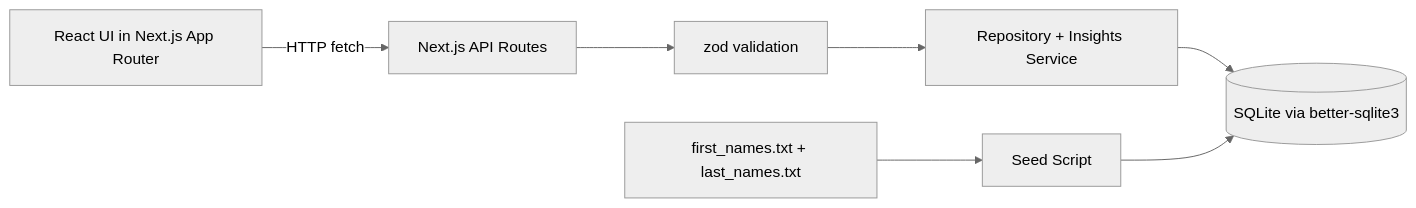
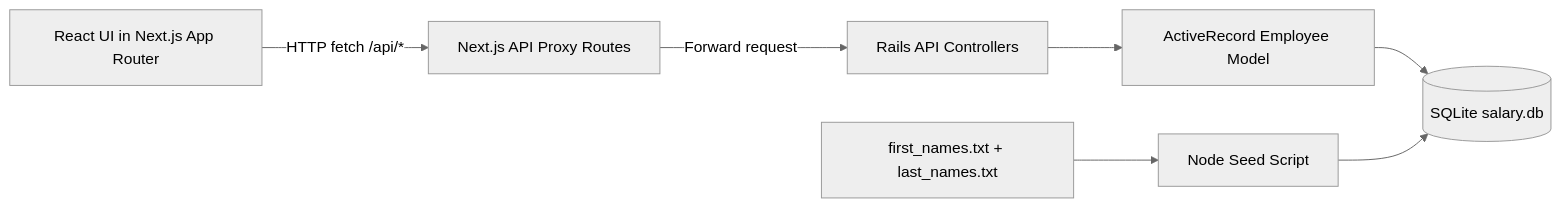
The diagram in artifacts/architecture.md (monu-1999/salary_management), drawn with Mermaid (neutral theme) before and after one commit. The commit also changed other lines of this file and 67 other files, not shown here.

````diff
--- a/artifacts/architecture.md
+++ b/artifacts/architecture.md
@@ -7,9 +11,9 @@
 ```mermaid
 flowchart LR
-  UI[React UI in Next.js App Router] -->|HTTP fetch| API[Next.js API Routes]
-  API --> Validation[zod validation]
-  Validation --> Domain[Repository + Insights Service]
-  Domain --> DB[(SQLite via better-sqlite3)]
-  Seed[Seed Script] --> DB
+  UI[React UI in Next.js App Router] -->|HTTP fetch /api/*| Proxy[Next.js API Proxy Routes]
+  Proxy -->|Forward request| Rails[Rails API Controllers]
+  Rails --> Model[ActiveRecord Employee Model]
+  Model --> DB[(SQLite salary.db)]
+  Seed[Node Seed Script] --> DB
   NameFiles[first_names.txt + last_names.txt] --> Seed
 ```
````
